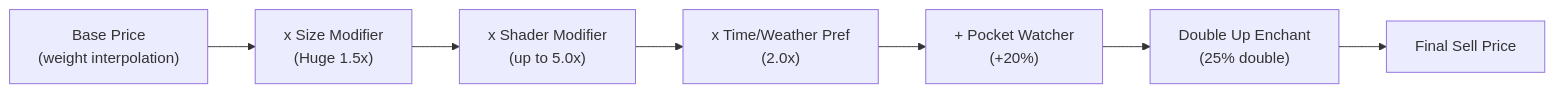
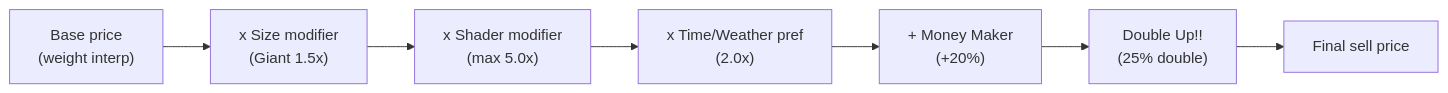
Before and after one commit to SeaLoong/Fish-Udon-Raw-Ilcode: diagram 12 of 18 in docs/gamedata-en.md, drawn with Mermaid. The commit also changed other lines of this file and 1 other file, not shown here.

````diff
--- a/docs/gamedata-en.md
+++ b/docs/gamedata-en.md
@@ -610,9 +1122,9 @@
 ```mermaid
 flowchart LR
-    A["Base Price\n(weight interpolation)"] --> B["x Size Modifier\n(Huge 1.5x)"]
-    B --> C["x Shader Modifier\n(up to 5.0x)"]
-    C --> D["x Time/Weather Pref\n(2.0x)"]
-    D --> E["+ Pocket Watcher\n(+20%)"]
-    E --> F["Double Up Enchant\n(25% double)"]
-    F --> G["Final Sell Price"]
+    A["Base price\n(weight interp)"] --> B["x Size modifier\n(Giant 1.5x)"]
+    B --> C["x Shader modifier\n(max 5.0x)"]
+    C --> D["x Time/Weather pref\n(2.0x)"]
+    D --> E["+ Money Maker\n(+20%)"]
+    E --> F["Double Up!!\n(25% double)"]
+    F --> G["Final sell price"]
 ```
````
